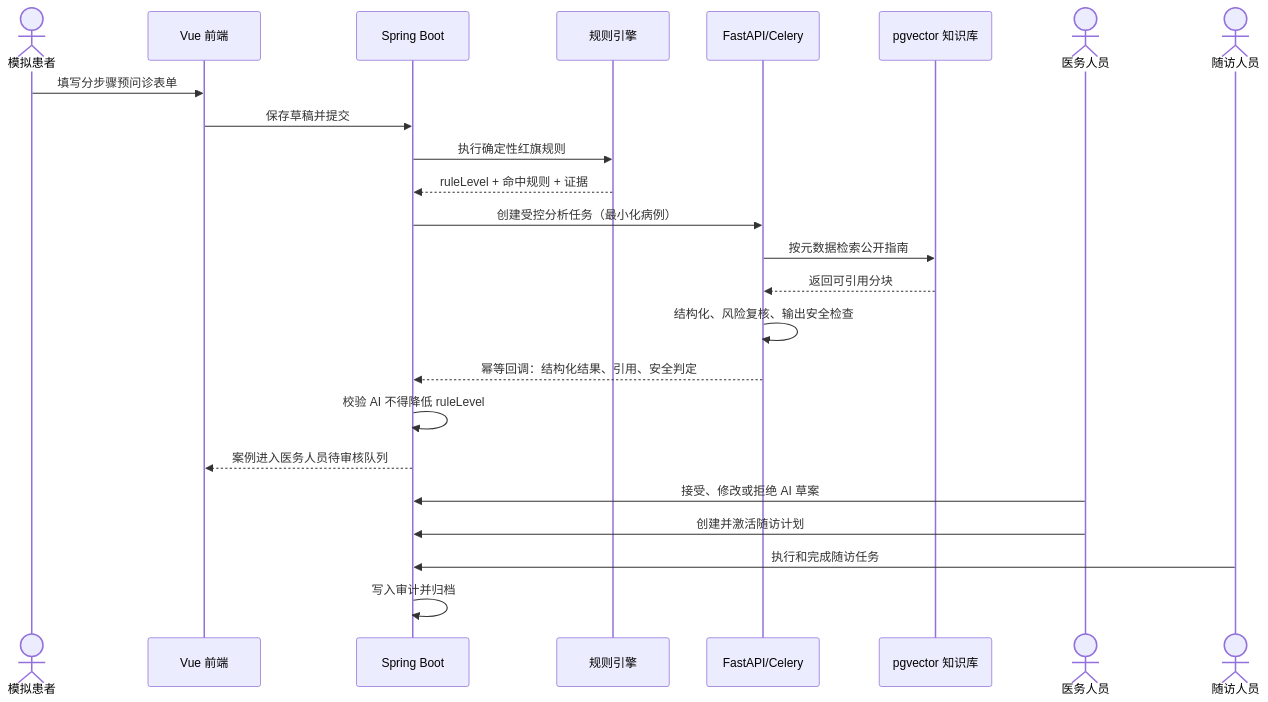
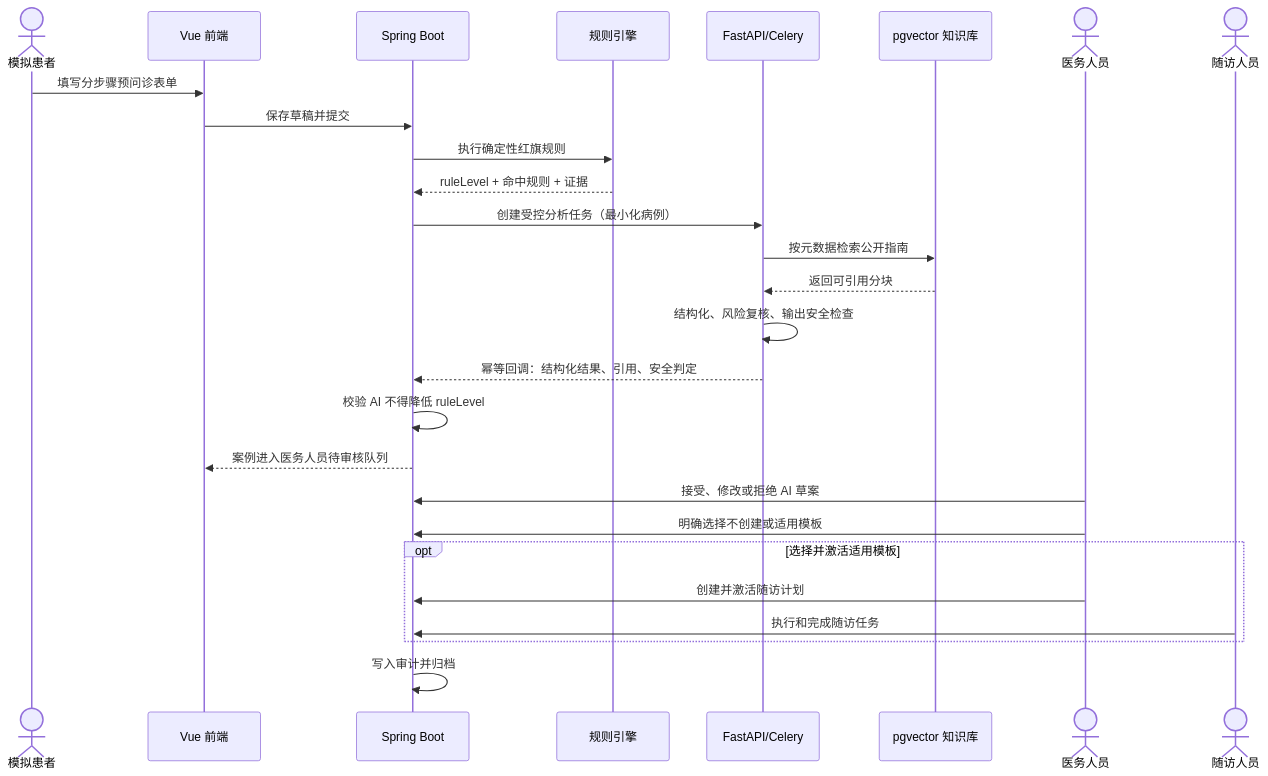
The second of 2 diagrams in docs/PROJECT_DEVELOPMENT_GUIDE.md (SkylerZhu016/care-guard-ai), drawn with Mermaid before and after one commit. The commit also changed other lines of this file and 22 other files, not shown here.

````diff
--- a/docs/PROJECT_DEVELOPMENT_GUIDE.md
+++ b/docs/PROJECT_DEVELOPMENT_GUIDE.md
@@ -306,27 +307,30 @@
 ```mermaid
 sequenceDiagram
     actor P as 模拟患者
     participant FE as Vue 前端
     participant BE as Spring Boot
     participant RE as 规则引擎
     participant AI as FastAPI/Celery
     participant KB as pgvector 知识库
     actor C as 医务人员
     actor FU as 随访人员
 
     P->>FE: 填写分步骤预问诊表单
     FE->>BE: 保存草稿并提交
     BE->>RE: 执行确定性红旗规则
     RE-->>BE: ruleLevel + 命中规则 + 证据
     BE->>AI: 创建受控分析任务（最小化病例）
     AI->>KB: 按元数据检索公开指南
     KB-->>AI: 返回可引用分块
     AI->>AI: 结构化、风险复核、输出安全检查
     AI-->>BE: 幂等回调：结构化结果、引用、安全判定
     BE->>BE: 校验 AI 不得降低 ruleLevel
     BE-->>FE: 案例进入医务人员待审核队列
     C->>BE: 接受、修改或拒绝 AI 草案
-    C->>BE: 创建并激活随访计划
-    FU->>BE: 执行和完成随访任务
+    C->>BE: 明确选择不创建或适用模板
+    opt 选择并激活适用模板
+        C->>BE: 创建并激活随访计划
+        FU->>BE: 执行和完成随访任务
+    end
     BE->>BE: 写入审计并归档
 ```
````
